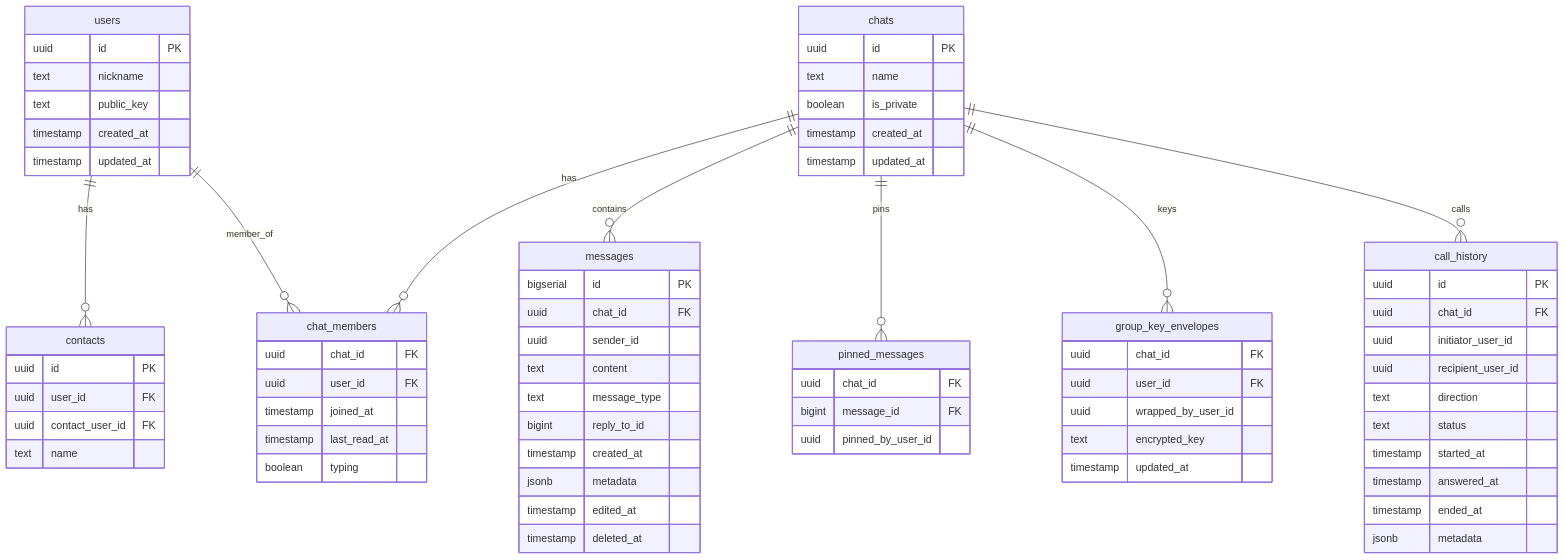
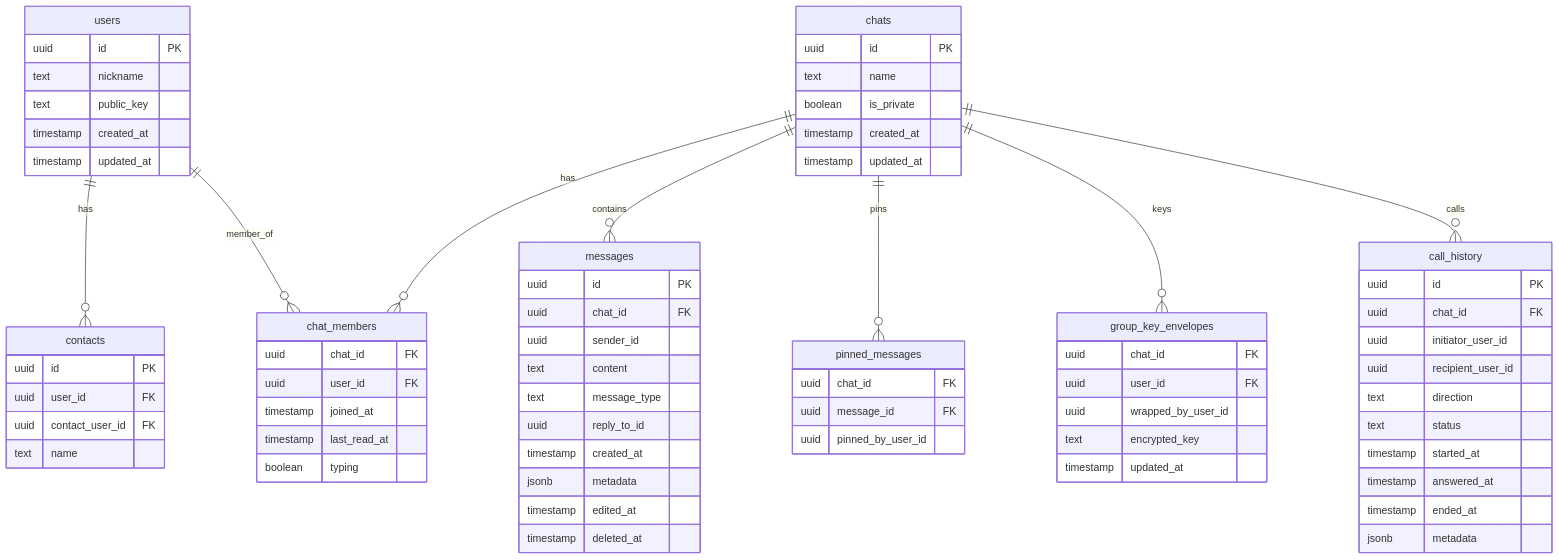
Before and after one commit to no1ness/Stealth-messenger-flutter: the diagram in docs/ARCHITECTURE.md, drawn with Mermaid. The commit also changed other lines of this file and 277 other files, not shown here.

````diff
--- a/docs/ARCHITECTURE.md
+++ b/docs/ARCHITECTURE.md
@@ -57,81 +57,81 @@
 ```mermaid
 erDiagram
     users {
         uuid id PK
         text nickname
         text public_key
         timestamp created_at
         timestamp updated_at
     }
     
     chats {
         uuid id PK
         text name
         boolean is_private
         timestamp created_at
         timestamp updated_at
     }
     
     chat_members {
         uuid chat_id FK
         uuid user_id FK
         timestamp joined_at
         timestamp last_read_at
         boolean typing
     }
     
     messages {
-        bigserial id PK
+        uuid id PK
         uuid chat_id FK
         uuid sender_id
         text content
         text message_type
-        bigint reply_to_id
+        uuid reply_to_id
         timestamp created_at
         jsonb metadata
         timestamp edited_at
         timestamp deleted_at
     }
     
     contacts {
         uuid id PK
         uuid user_id FK
         uuid contact_user_id FK
         text name
     }
     
     group_key_envelopes {
         uuid chat_id FK
         uuid user_id FK
         uuid wrapped_by_user_id
         text encrypted_key
         timestamp updated_at
     }
     
     pinned_messages {
         uuid chat_id FK
-        bigint message_id FK
+        uuid message_id FK
         uuid pinned_by_user_id
     }
     
     call_history {
         uuid id PK
         uuid chat_id FK
         uuid initiator_user_id
         uuid recipient_user_id
         text direction
         text status
         timestamp started_at
         timestamp answered_at
         timestamp ended_at
         jsonb metadata
     }
 
     users ||--o{ contacts : "has"
     users ||--o{ chat_members : "member_of"
     chats ||--o{ chat_members : "has"
     chats ||--o{ messages : "contains"
     chats ||--o{ pinned_messages : "pins"
     chats ||--o{ group_key_envelopes : "keys"
     chats ||--o{ call_history : "calls"
 ```
````
